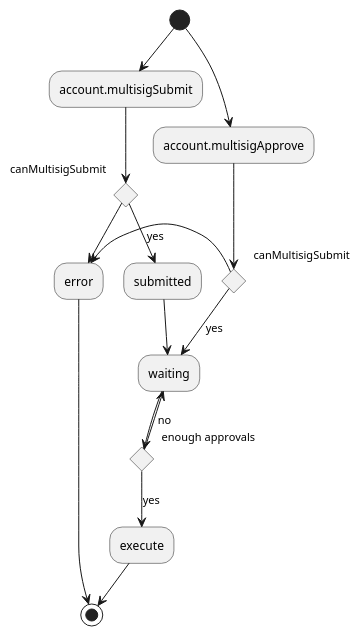
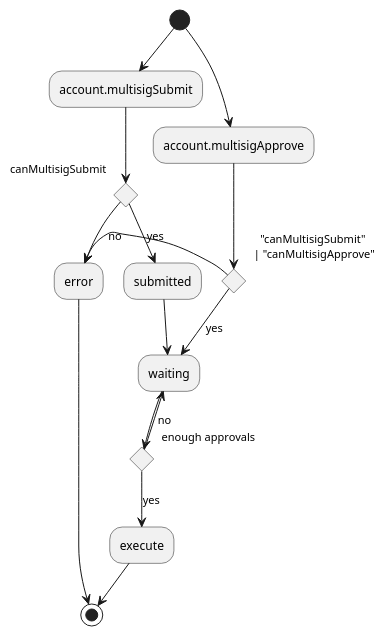
Before and after one commit to many-protocol/specification: the diagram in attributes/network/9_account_features/1_account_multisig.adoc, drawn with PlantUML. The commit also changed 1 other file, not shown here.

Commit message:
Address comments

```diff
--- a/attributes/network/9_account_features/1_account_multisig.adoc
+++ b/attributes/network/9_account_features/1_account_multisig.adoc
@@ -12,33 +12,33 @@
 [plantuml, format=png]
 ....
 @startuml
 
 (*) --> "account.multisigSubmit"
 
 if "canMultisigSubmit" then
     -->[yes] submitted
 else
     --> error
     --> (*)
 endif
 
 (*) --> "account.multisigApprove"
 
-if "canMultisigSubmit" then
+if "canMultisigSubmit" \n| "canMultisigApprove" then
     -->[yes] waiting
 else
-    -l-> error
+    -l->[no] error
 endif
 
 submitted --> waiting
 
 if "enough approvals" then
     -->[yes] execute
 else
     -->[no] waiting
 endif
 
 execute --> (*)
 
 @enduml
 ....
```
